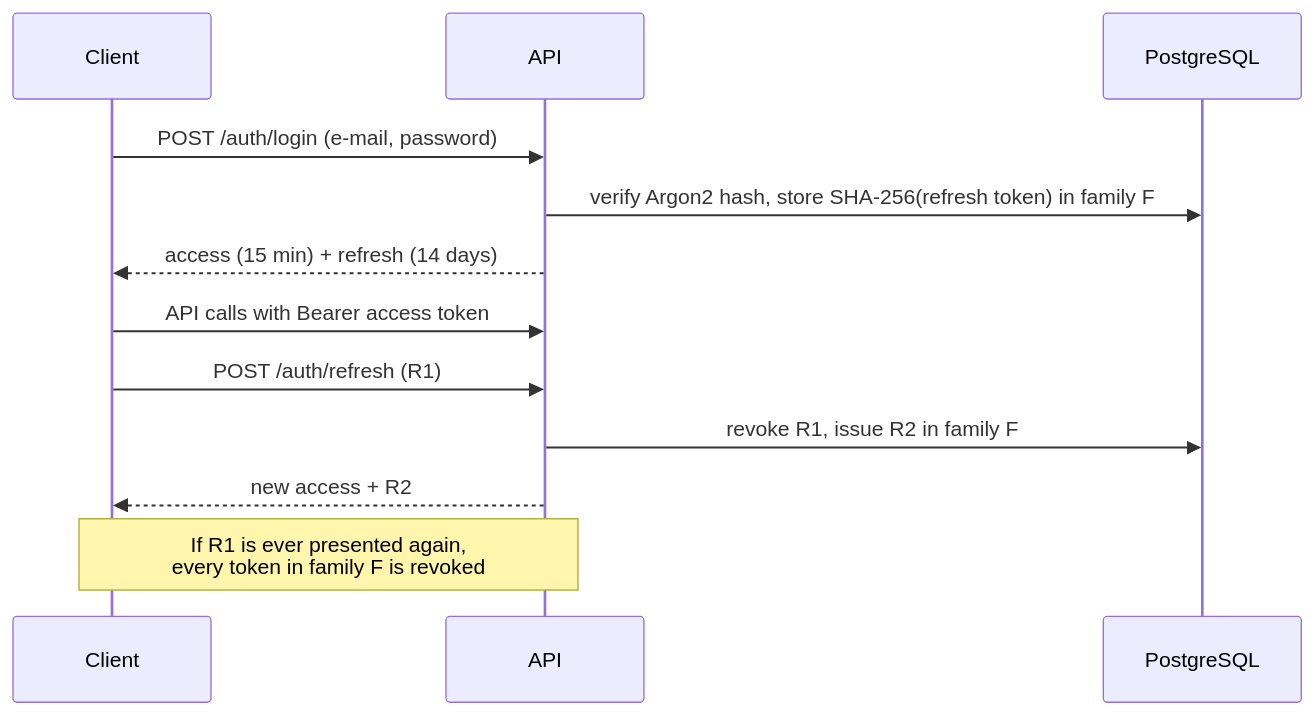
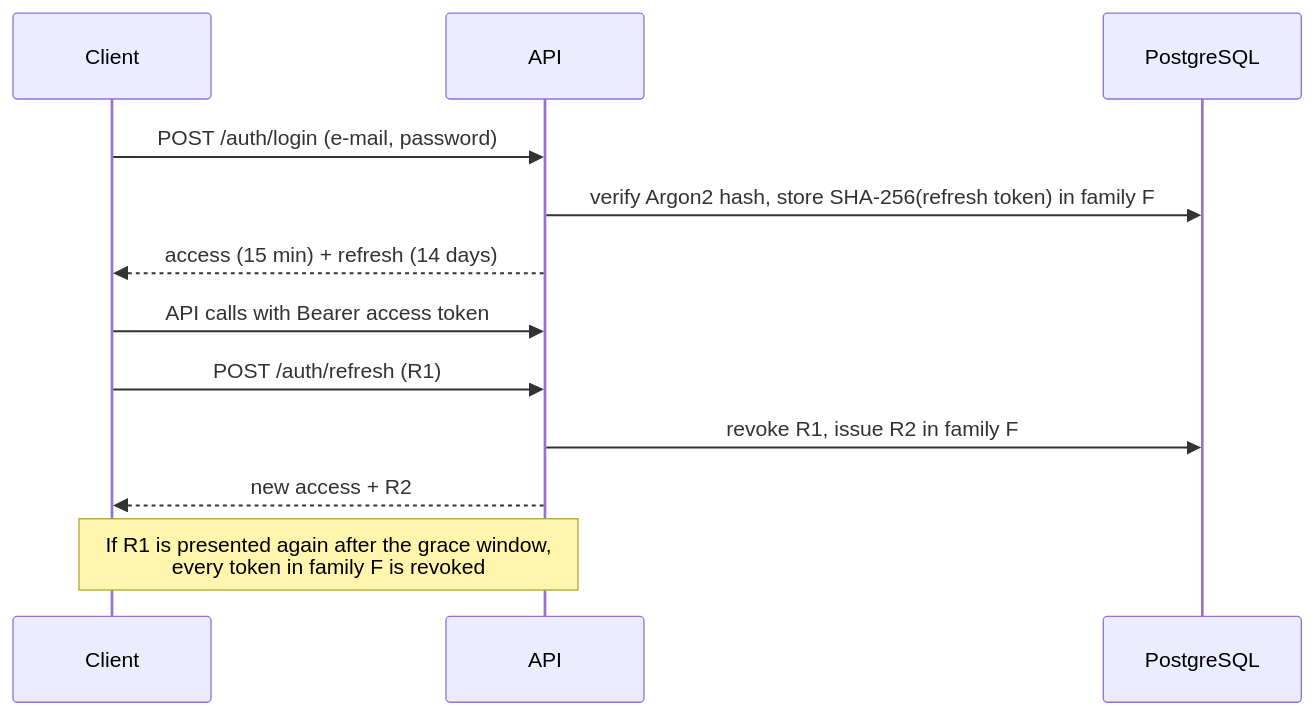
The second of 2 diagrams in README.md (shijinb/fastapi-production-starter), drawn with Mermaid before and after one commit. The commit also changed other lines of this file and 9 other files, not shown here.

First line of the commit message:
Allow concurrent refreshes within a grace window

````diff
--- a/README.md
+++ b/README.md
@@ -138,14 +138,14 @@
 ```mermaid
 sequenceDiagram
     participant C as Client
     participant A as API
     participant DB as PostgreSQL
     C->>A: POST /auth/login (e-mail, password)
     A->>DB: verify Argon2 hash, store SHA-256(refresh token) in family F
     A-->>C: access (15 min) + refresh (14 days)
     C->>A: API calls with Bearer access token
     C->>A: POST /auth/refresh (R1)
     A->>DB: revoke R1, issue R2 in family F
     A-->>C: new access + R2
-    Note over C,A: If R1 is ever presented again,<br/>every token in family F is revoked
+    Note over C,A: If R1 is presented again after the grace window,<br/>every token in family F is revoked
 ```
````
